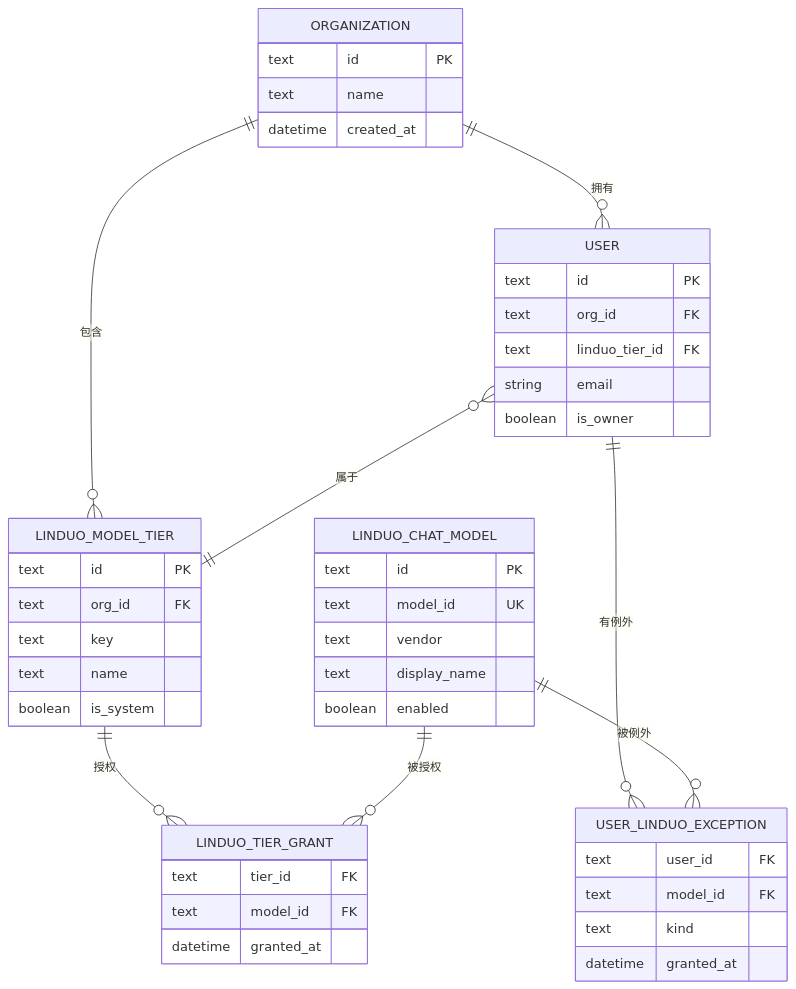
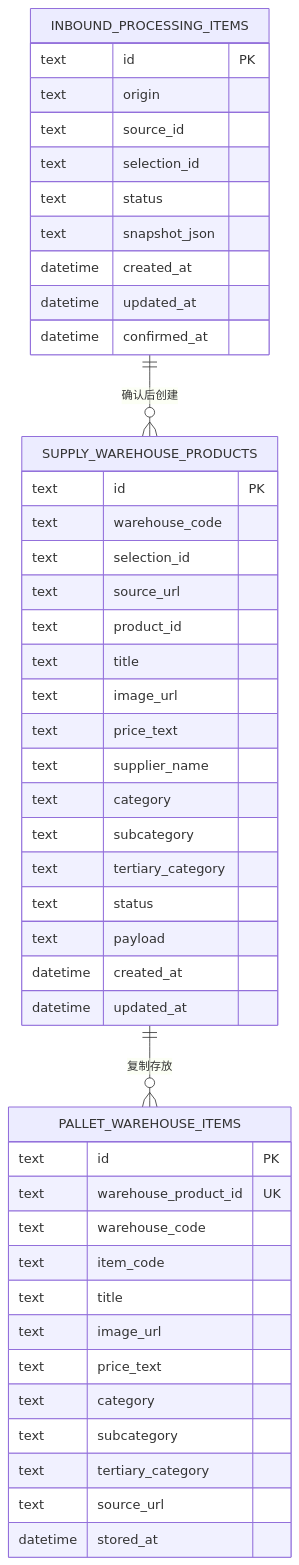
One commit to iljahofbauer219-lang/yandu changed the fourth of 5 diagrams in .qoder/repowiki/zh/content/数据模型/数据库模式设计.md. Above: the diagram before and after it, drawn with Mermaid. The commit also changed other lines of this file and 153 other files, not shown here.

````diff
--- a/.qoder/repowiki/zh/content/数据模型/数据库模式设计.md
+++ b/.qoder/repowiki/zh/content/数据模型/数据库模式设计.md
@@ -173,47 +173,48 @@
 ```mermaid
 erDiagram
-ORGANIZATION {
+INBOUND_PROCESSING_ITEMS {
 text id PK
-text name
+text origin
+text source_id
+text selection_id
+text status
+text snapshot_json
 datetime created_at
+datetime updated_at
+datetime confirmed_at
 }
-USER {
+PALLET_WAREHOUSE_ITEMS {
 text id PK
-text org_id FK
-text linduo_tier_id FK
-string email
-boolean is_owner
+text warehouse_product_id UK
+text warehouse_code
+text item_code
+text title
+text image_url
+text price_text
+text category
+text subcategory
+text tertiary_category
+text source_url
+datetime stored_at
 }
-LINDUO_MODEL_TIER {
+SUPPLY_WAREHOUSE_PRODUCTS {
 text id PK
-text org_id FK
-text key
-text name
-boolean is_system
+text warehouse_code
+text selection_id
+text source_url
+text product_id
+text title
+text image_url
+text price_text
+text supplier_name
+text category
+text subcategory
+text tertiary_category
+text status
+text payload
+datetime created_at
+datetime updated_at
 }
-LINDUO_CHAT_MODEL {
-text id PK
-text model_id UK
-text vendor
-text display_name
-boolean enabled
-}
-LINDUO_TIER_GRANT {
-text tier_id FK
-text model_id FK
-datetime granted_at
-}
-USER_LINDUO_EXCEPTION {
-text user_id FK
-text model_id FK
-text kind
-datetime granted_at
-}
-ORGANIZATION ||--o{ USER : "拥有"
-ORGANIZATION ||--o{ LINDUO_MODEL_TIER : "包含"
-USER }o--|| LINDUO_MODEL_TIER : "属于"
-LINDUO_MODEL_TIER ||--o{ LINDUO_TIER_GRANT : "授权"
-LINDUO_CHAT_MODEL ||--o{ LINDUO_TIER_GRANT : "被授权"
-USER ||--o{ USER_LINDUO_EXCEPTION : "有例外"
-LINDUO_CHAT_MODEL ||--o{ USER_LINDUO_EXCEPTION : "被例外"
+INBOUND_PROCESSING_ITEMS ||--o{ SUPPLY_WAREHOUSE_PRODUCTS : "确认后创建"
+SUPPLY_WAREHOUSE_PRODUCTS ||--o{ PALLET_WAREHOUSE_ITEMS : "复制存放"
 ```
````
